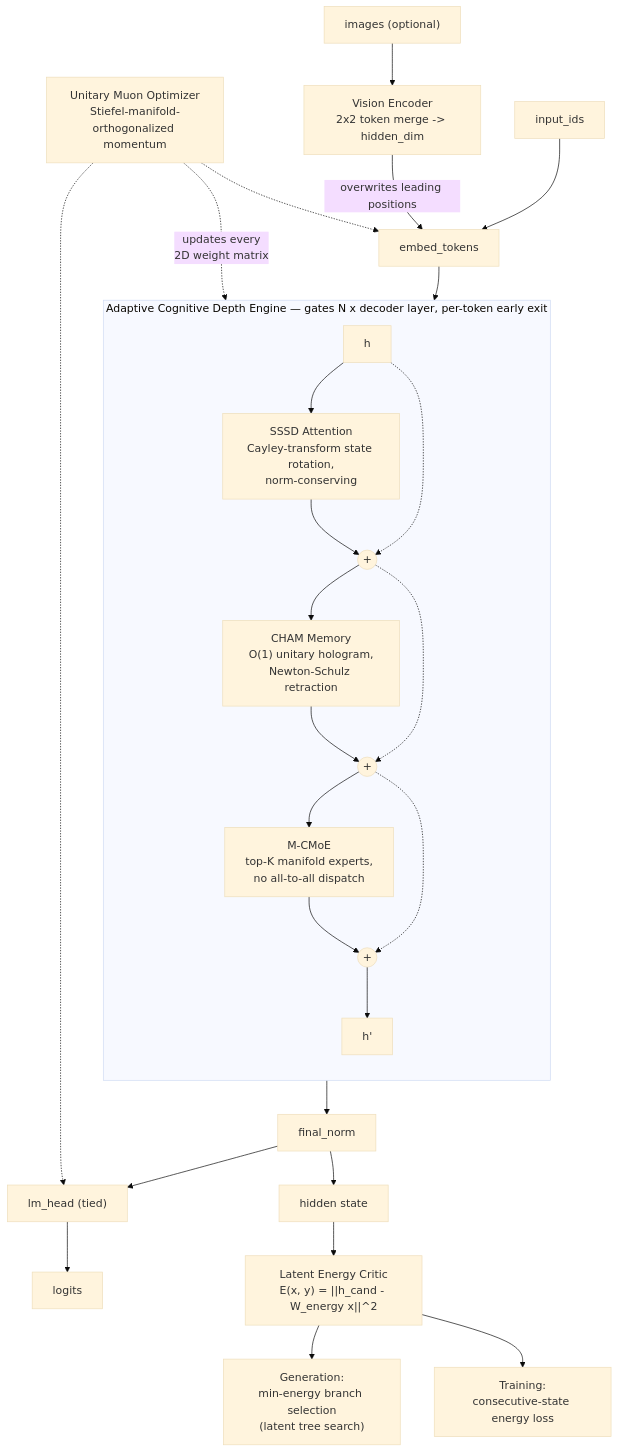
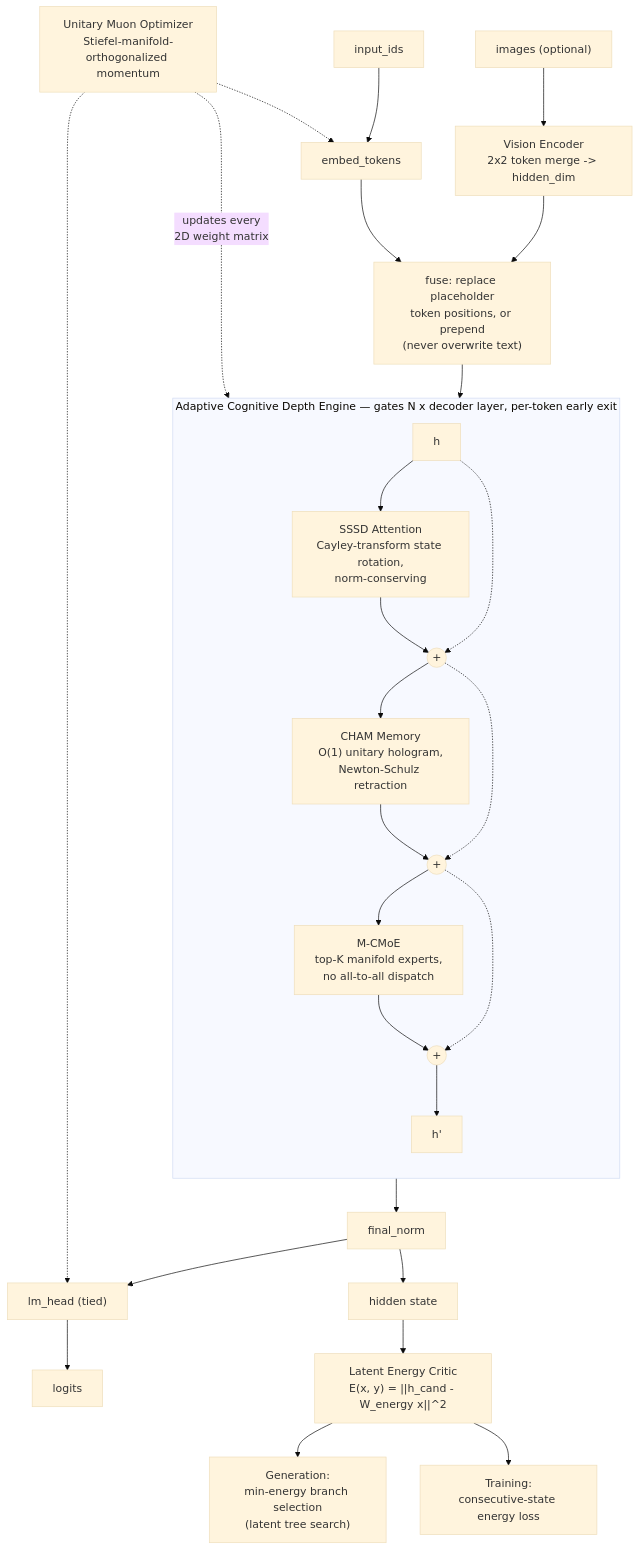
Before and after one commit to Verace-Pvt-Ltd/Verace-V1: the diagram in README.md, drawn with Mermaid (base theme). The commit also changed other lines of this file and 10 other files, not shown here.

First line of the commit message:
fix: stop vision fusion from silently overwriting leading text tokens

````diff
--- a/README.md
+++ b/README.md
@@ -51,32 +51,33 @@
 ```mermaid
 flowchart TD
     TXT["input_ids"] --> EMB["embed_tokens"]
     IMG["images (optional)"] --> VIS["Vision Encoder\n2x2 token merge -> hidden_dim"]
-    VIS -- "overwrites leading positions" --> EMB
+    VIS --> FUSE["fuse: replace placeholder\ntoken positions, or prepend\n(never overwrite text)"]
+    EMB --> FUSE
 
-    EMB --> ACD
+    FUSE --> ACD
 
     subgraph ACD["Adaptive Cognitive Depth Engine — gates N x decoder layer, per-token early exit"]
         direction TB
         L_IN["h"] --> SSSD["SSSD Attention\nCayley-transform state rotation,\nnorm-conserving"]
         SSSD --> A1(("+")) --> CHAM["CHAM Memory\nO(1) unitary hologram,\nNewton-Schulz retraction"]
         CHAM --> A2(("+")) --> MOE["M-CMoE\ntop-K manifold experts,\nno all-to-all dispatch"]
         MOE --> A3(("+")) --> L_OUT["h'"]
         L_IN -.-> A1
         A1 -.-> A2
         A2 -.-> A3
     end
 
     ACD --> NORM["final_norm"]
     NORM --> HEAD["lm_head (tied)"]
     HEAD --> LOGITS["logits"]
     NORM --> HIDDEN["hidden state"]
 
     HIDDEN --> CRITIC["Latent Energy Critic\nE(x, y) = ||h_cand - W_energy x||^2"]
     CRITIC --> GEN["Generation:\nmin-energy branch selection\n(latent tree search)"]
     CRITIC --> TRAIN["Training:\nconsecutive-state energy loss"]
 
     OPT["Unitary Muon Optimizer\nStiefel-manifold-orthogonalized momentum"] -.->|"updates every\n2D weight matrix"| ACD
     OPT -.-> EMB
     OPT -.-> HEAD
 ```
````
